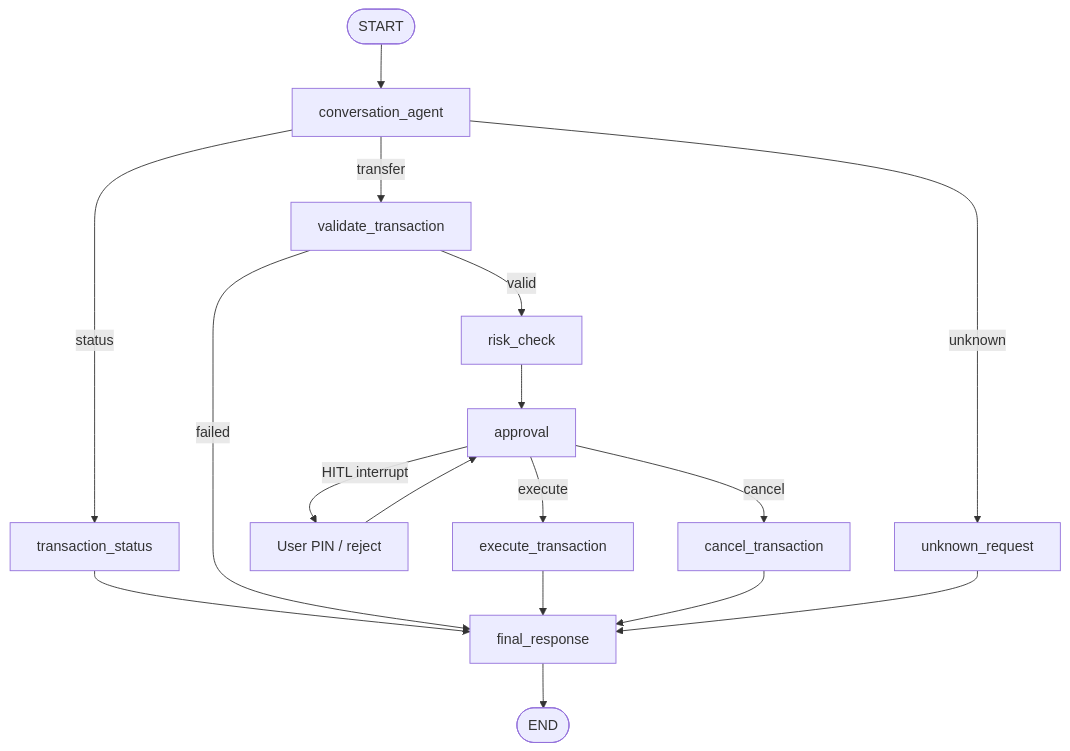
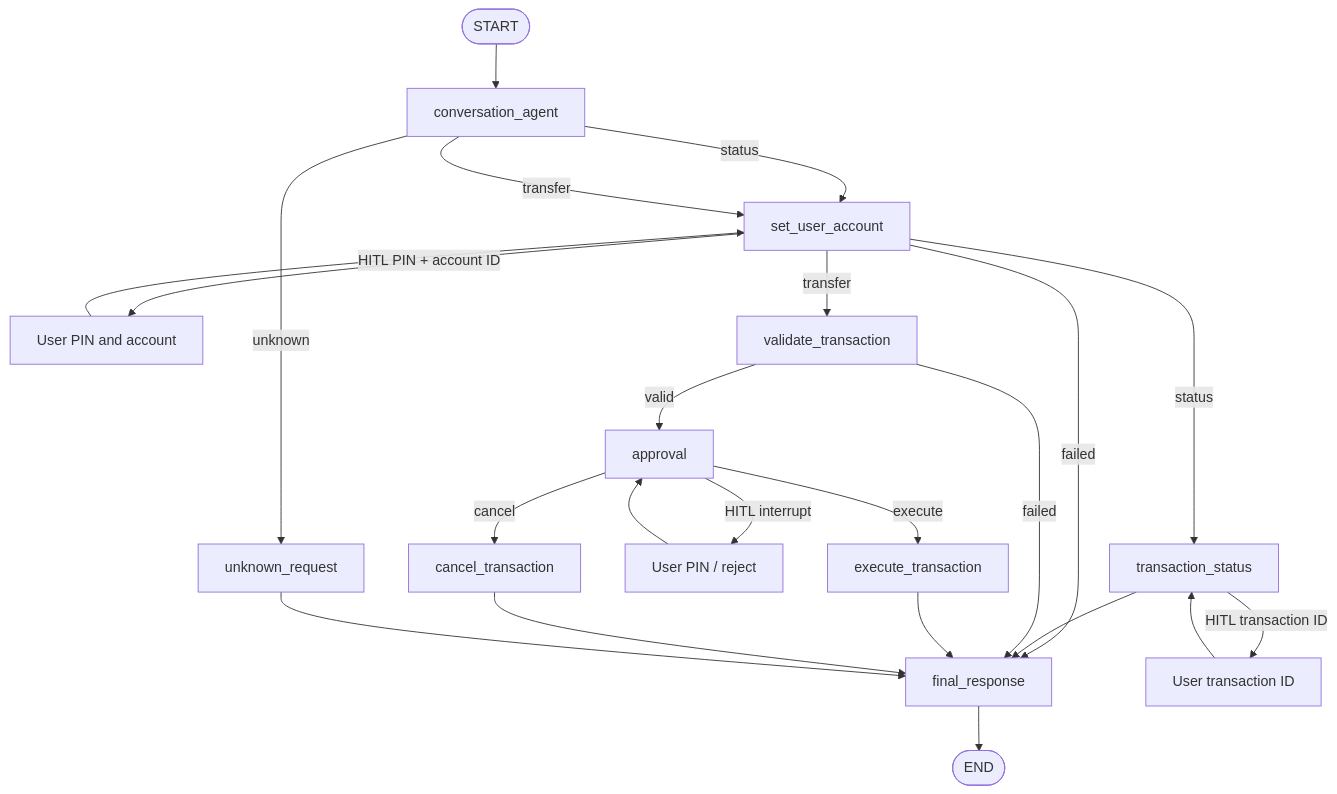
One commit to NarendiranT/banking-agent-prototype changed the second of 2 diagrams in README.md. Above: the diagram before and after it, drawn with Mermaid. The commit also changed other lines of this file and 10 other files, not shown here.

Commit message:
Added set user and HIL for transcation statuc check-Naren

````diff
--- a/README.md
+++ b/README.md
@@ -36,24 +37,31 @@
 ```mermaid
 flowchart TD
     START([START]) --> conversation_agent
 
-    conversation_agent -->|status| transaction_status
-    conversation_agent -->|transfer| validate_transaction
+    conversation_agent -->|status| set_user_account
+    conversation_agent -->|transfer| set_user_account
     conversation_agent -->|unknown| unknown_request
 
+    set_user_account -->|HITL PIN + account ID| Identify[User PIN and account]
+    Identify --> set_user_account
+    set_user_account -->|status| transaction_status
+    set_user_account -->|transfer| validate_transaction
+    set_user_account -->|failed| final_response
+
+    transaction_status -->|HITL transaction ID| StatusHuman[User transaction ID]
+    StatusHuman --> transaction_status
     transaction_status --> final_response
-    validate_transaction -->|valid| risk_check
+    validate_transaction -->|valid| approval
     validate_transaction -->|failed| final_response
-    risk_check --> approval
 
     approval -->|HITL interrupt| Human[User PIN / reject]
     Human --> approval
 
     approval -->|execute| execute_transaction
     approval -->|cancel| cancel_transaction
 
     execute_transaction --> final_response
     cancel_transaction --> final_response
     unknown_request --> final_response
     final_response --> END([END])
 ```
````
